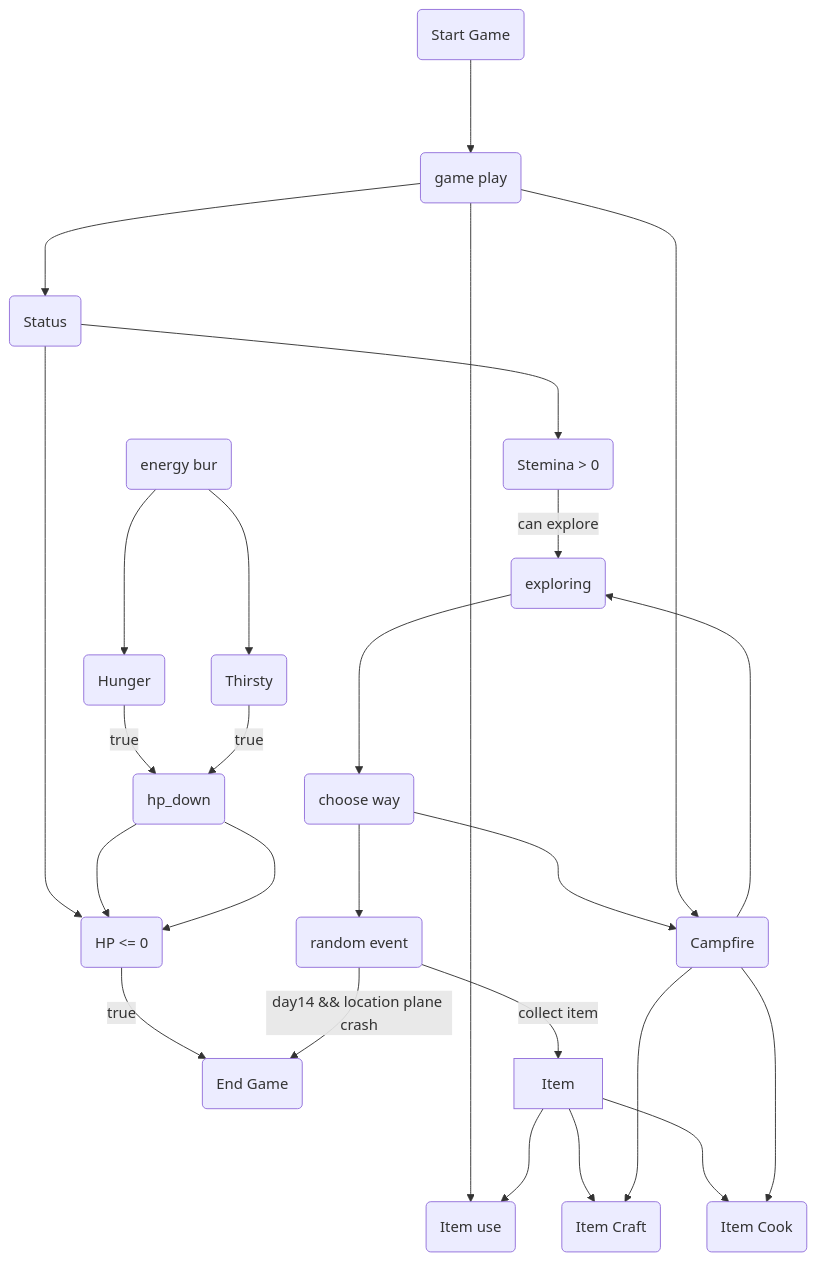
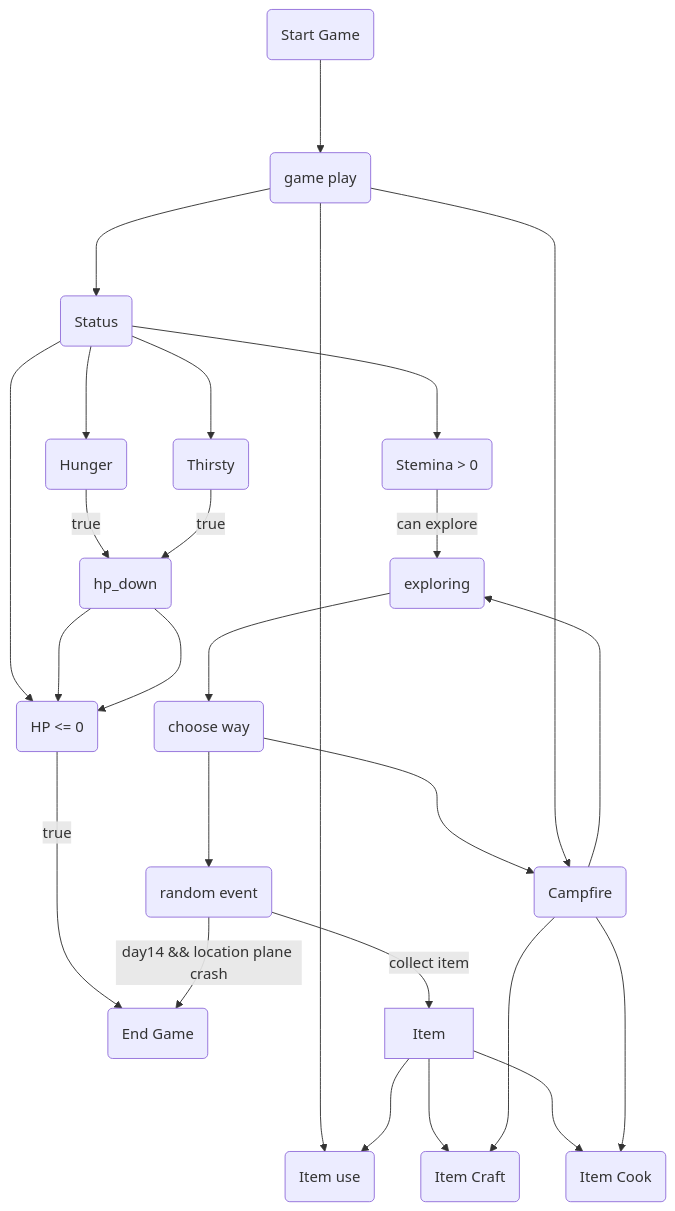
One commit to SSProgamer/C-Project changed the diagram in need me.md. Above: the diagram before and after it, drawn with Mermaid.

Commit message:
Update need me.md

````diff
--- a/need me.md
+++ b/need me.md
@@ -35,21 +35,21 @@
 ```mermaid
 flowchart TD
 start(Start Game) ---> ingame(game play)
 ingame ---> status(Status) --->hp
 status ---> Stemina(Stemina > 0) --can explore--> explore
-stack(energy bur) --->Hunger(Hunger) --true--> hp_down(hp_down) ---> hp
-stack(energy bur) --->Thirsty(Thirsty) --true--> hp_down(hp_down) ---> hp
+status ---> Hunger(Hunger) --true--> hp_down(hp_down) ---> hp
+status ---> Thirsty(Thirsty) --true--> hp_down(hp_down) ---> hp
 hp(HP <= 0) --true--> e(End Game)
 
 campfire ---> explore(exploring) ---> way(choose way) ---> event(random event)
 way ---> campfire
 event --day14 && location plane crash--> e(End Game)
 event(random event) --collect item--> Item
 ingame ---> Itemuse(Item use)
 Item ---> Itemuse
 Item ---> Itemcraft(Item Craft)
 Item ---> Itemcook(Item Cook)
 ingame ---> campfire(Campfire)
 campfire(Campfire) ---> Itemcraft(Item Craft)
 campfire(Campfire) ---> Itemcook(Item Cook)
 ```
````
